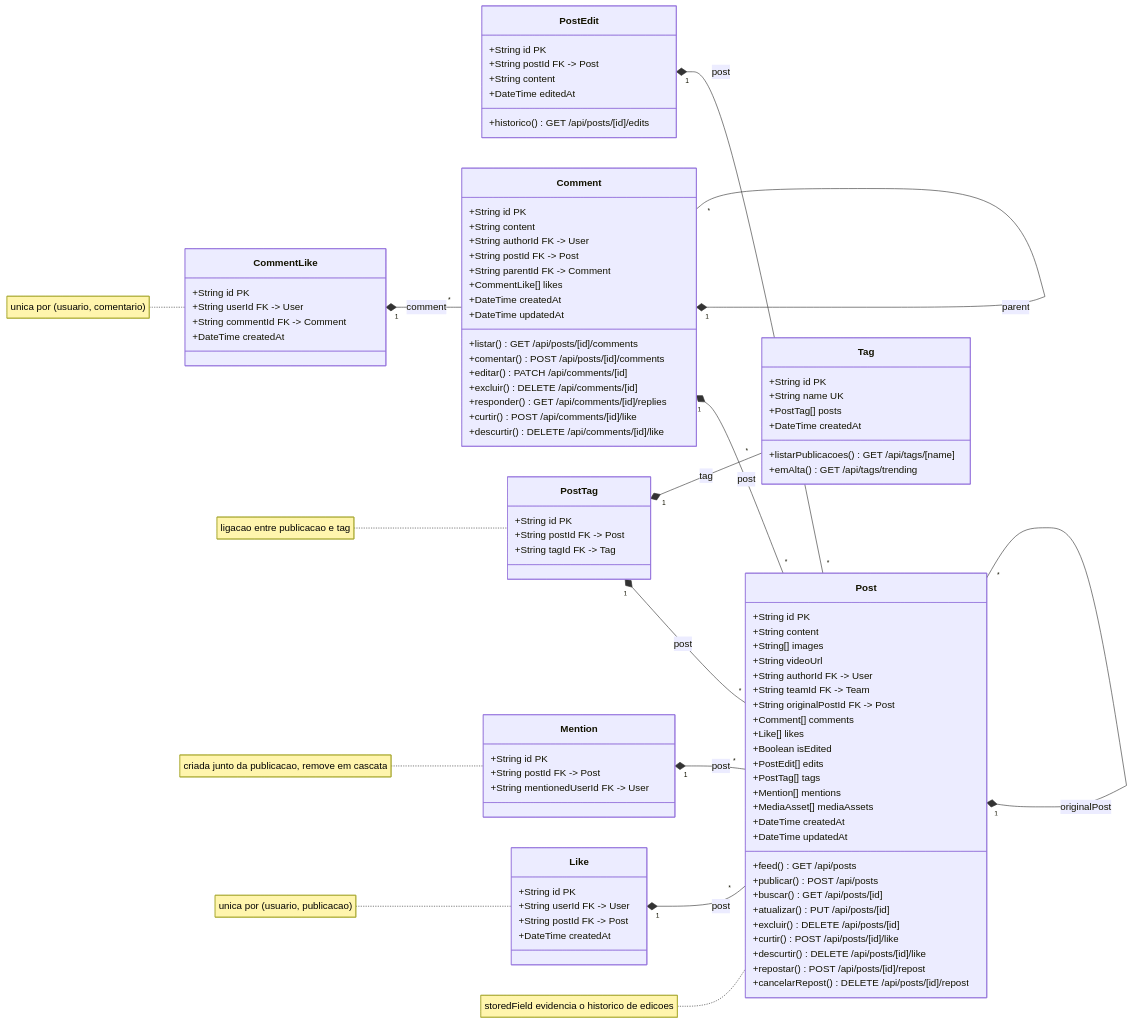
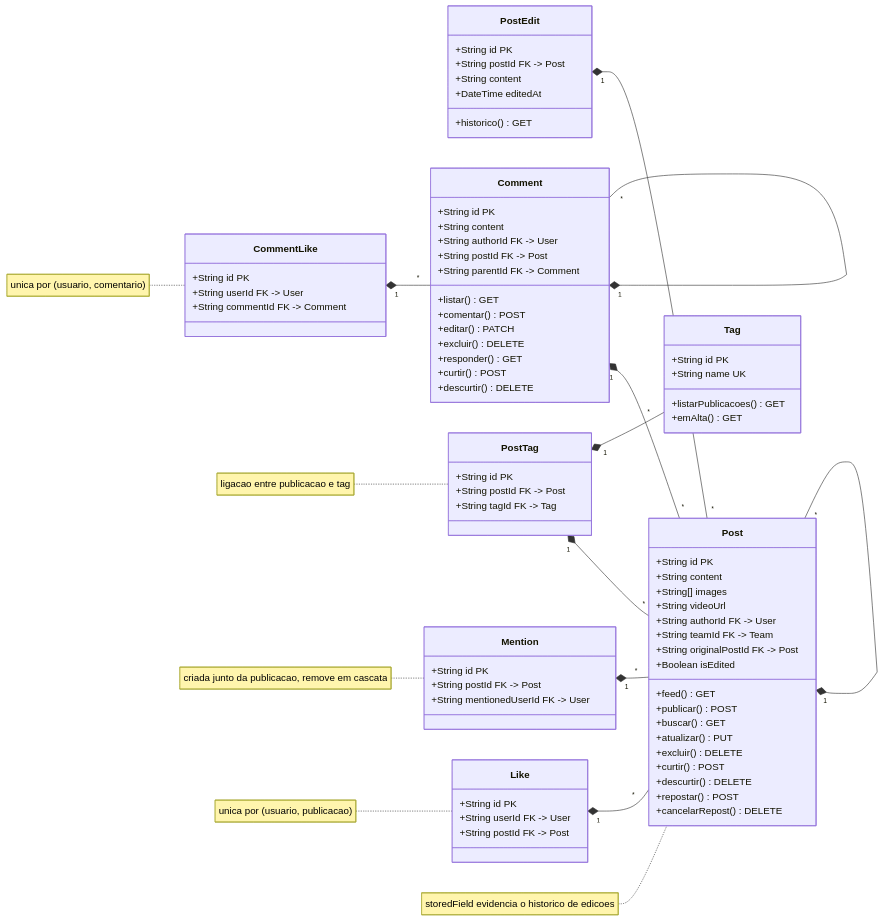
Before and after one commit to gustaf30/cheerconnect: the diagram in docs/diagrams/classe-publicacoes.mmd, drawn with Mermaid. The commit also changed 32 other files, not shown here.

First line of the commit message:
Diagramas UML refeitos para leitura, com PNG versionados

```diff
--- a/docs/diagrams/classe-publicacoes.mmd
+++ b/docs/diagrams/classe-publicacoes.mmd
@@ -1,99 +1,84 @@
 %% Gerado por scripts/generate-diagrams.mjs — nao editar a mao.
 %% Fonte: prisma/schema.prisma e src/app/api/**/route.ts
 classDiagram
   direction LR
   class Post {
     +String id PK
     +String content
     +String[] images
     +String videoUrl
     +String authorId FK -> User
     +String teamId FK -> Team
     +String originalPostId FK -> Post
-    +Comment[] comments
-    +Like[] likes
     +Boolean isEdited
-    +PostEdit[] edits
-    +PostTag[] tags
-    +Mention[] mentions
-    +MediaAsset[] mediaAssets
-    +DateTime createdAt
-    +DateTime updatedAt
-    +feed() GET /api/posts
-    +publicar() POST /api/posts
-    +buscar() GET /api/posts/[id]
-    +atualizar() PUT /api/posts/[id]
-    +excluir() DELETE /api/posts/[id]
-    +curtir() POST /api/posts/[id]/like
-    +descurtir() DELETE /api/posts/[id]/like
-    +repostar() POST /api/posts/[id]/repost
-    +cancelarRepost() DELETE /api/posts/[id]/repost
+    +feed() GET
+    +publicar() POST
+    +buscar() GET
+    +atualizar() PUT
+    +excluir() DELETE
+    +curtir() POST
+    +descurtir() DELETE
+    +repostar() POST
+    +cancelarRepost() DELETE
   }
   class PostEdit {
     +String id PK
     +String postId FK -> Post
     +String content
     +DateTime editedAt
-    +historico() GET /api/posts/[id]/edits
+    +historico() GET
   }
   class Tag {
     +String id PK
     +String name UK
-    +PostTag[] posts
-    +DateTime createdAt
-    +listarPublicacoes() GET /api/tags/[name]
-    +emAlta() GET /api/tags/trending
+    +listarPublicacoes() GET
+    +emAlta() GET
   }
   class PostTag {
     +String id PK
     +String postId FK -> Post
     +String tagId FK -> Tag
   }
   class Mention {
     +String id PK
     +String postId FK -> Post
     +String mentionedUserId FK -> User
   }
   class Comment {
     +String id PK
     +String content
     +String authorId FK -> User
     +String postId FK -> Post
     +String parentId FK -> Comment
-    +CommentLike[] likes
-    +DateTime createdAt
-    +DateTime updatedAt
-    +listar() GET /api/posts/[id]/comments
-    +comentar() POST /api/posts/[id]/comments
-    +editar() PATCH /api/comments/[id]
-    +excluir() DELETE /api/comments/[id]
-    +responder() GET /api/comments/[id]/replies
-    +curtir() POST /api/comments/[id]/like
-    +descurtir() DELETE /api/comments/[id]/like
+    +listar() GET
+    +comentar() POST
+    +editar() PATCH
+    +excluir() DELETE
+    +responder() GET
+    +curtir() POST
+    +descurtir() DELETE
   }
   class CommentLike {
     +String id PK
     +String userId FK -> User
     +String commentId FK -> Comment
-    +DateTime createdAt
   }
   class Like {
     +String id PK
     +String userId FK -> User
     +String postId FK -> Post
-    +DateTime createdAt
   }
   note for Post "storedField evidencia o historico de edicoes"
   note for PostTag "ligacao entre publicacao e tag"
   note for Mention "criada junto da publicacao, remove em cascata"
   note for CommentLike "unica por (usuario, comentario)"
   note for Like "unica por (usuario, publicacao)"
-  Post "1" *-- "*" Post : originalPost
-  PostEdit "1" *-- "*" Post : post
-  PostTag "1" *-- "*" Post : post
-  PostTag "1" *-- "*" Tag : tag
-  Mention "1" *-- "*" Post : post
-  Comment "1" *-- "*" Post : post
-  Comment "1" *-- "*" Comment : parent
-  CommentLike "1" *-- "*" Comment : comment
-  Like "1" *-- "*" Post : post
+  Post "1" *-- "*" Post
+  PostEdit "1" *-- "*" Post
+  PostTag "1" *-- "*" Post
+  PostTag "1" *-- "*" Tag
+  Mention "1" *-- "*" Post
+  Comment "1" *-- "*" Post
+  Comment "1" *-- "*" Comment
+  CommentLike "1" *-- "*" Comment
+  Like "1" *-- "*" Post
```
